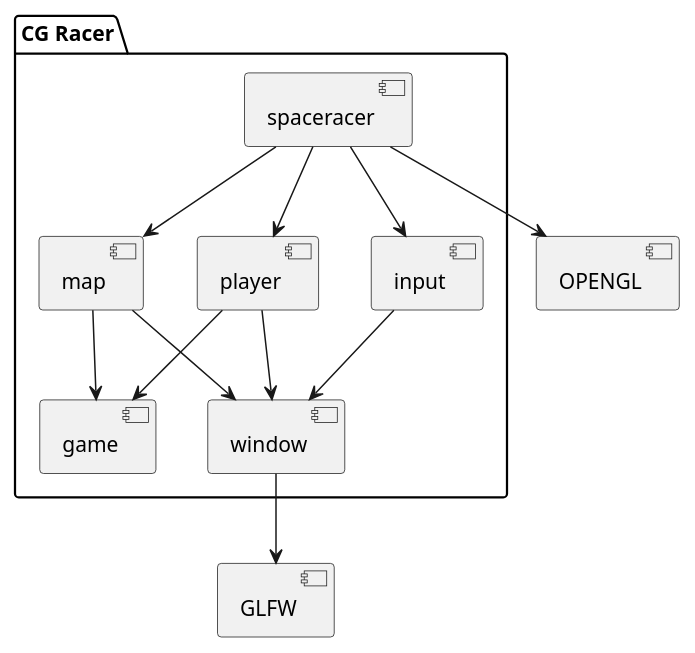
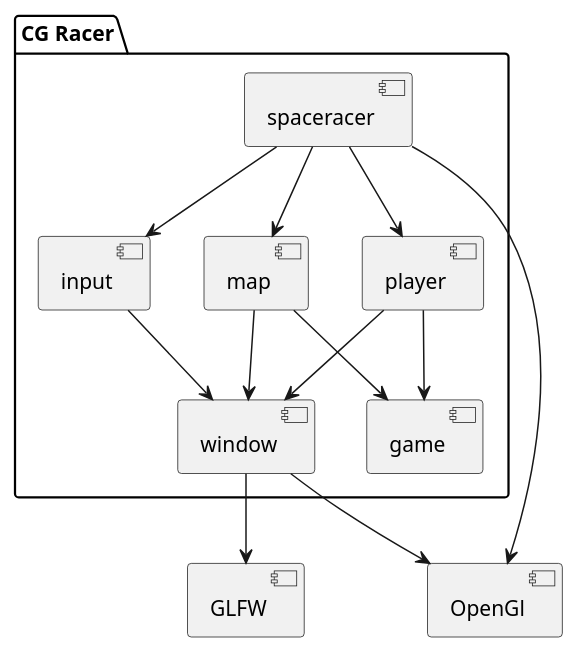
Before and after one commit to erzu12/cg_racer: the diagram in Docs/Components.puml, drawn with PlantUML. The commit also changed 2 other files, not shown here.

Commit message:
update readme with Controls and Architecture description

```diff
--- a/Docs/Components.puml
+++ b/Docs/Components.puml
@@ -1,33 +1,34 @@
 @startuml
 
 package "CG Racer" {
   [spaceracer]
   [window]
   [input]
   [player]
   [game]
   [map]
 }
 
 [GLFW]
 
-[OPENGL]
+[OpenGl]
 
 [spaceracer] --> [player]
 [spaceracer] --> [map]
 [spaceracer] --> [input]
 
-[spaceracer] --> [OPENGL]
+[spaceracer] --> [OpenGl]
 
+[window] --> [OpenGl]
 
 [input] --> [window]
 [window] --> [GLFW]
 
 [player] --> [game]
 [player] --> [window]
 
 [map] --> [game]
 [map] --> [window]
 
 
 @enduml
```
